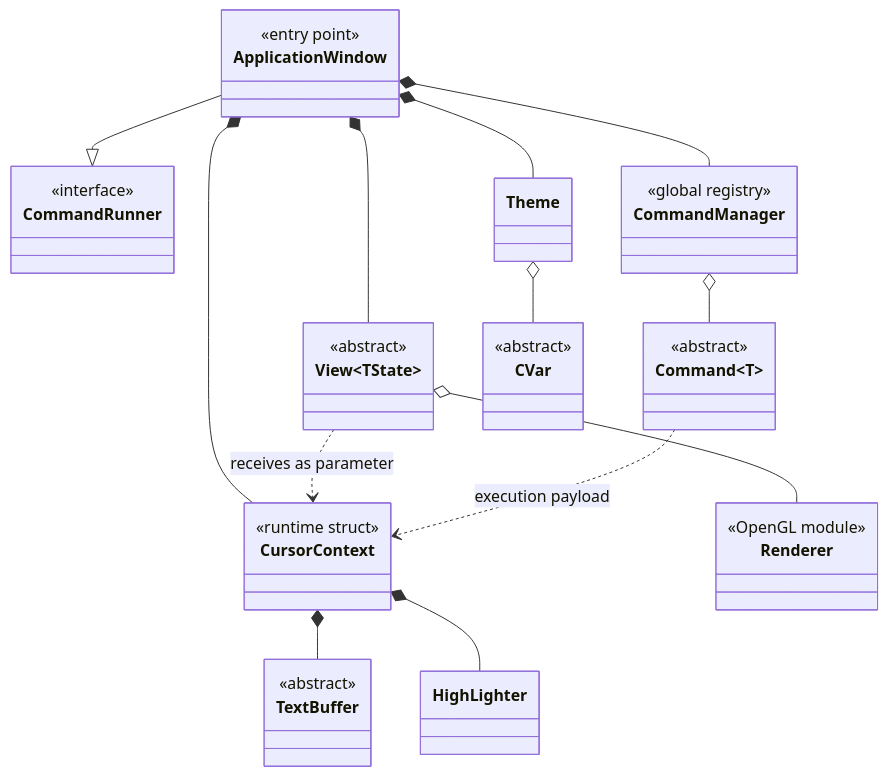
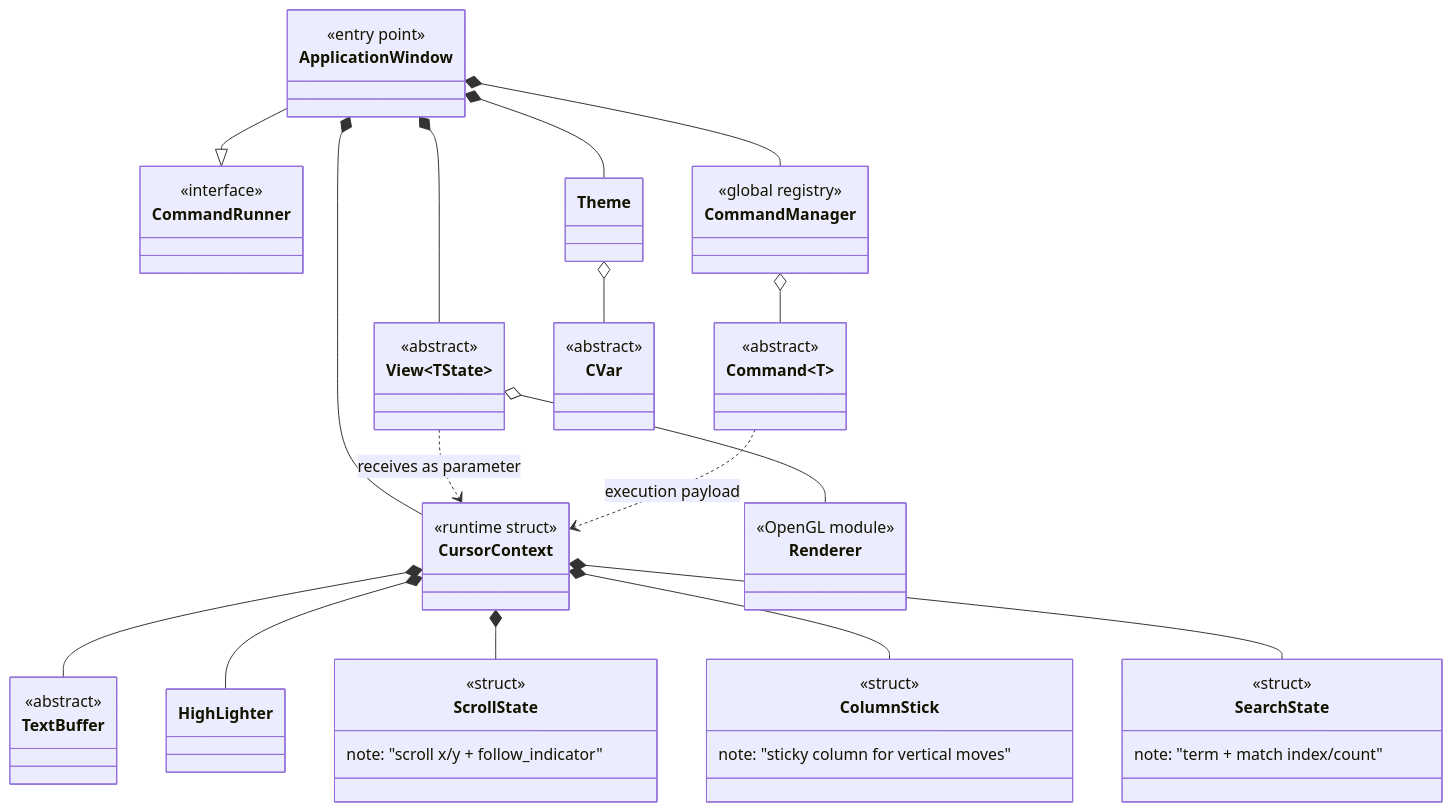
One commit to notnotme/bbloc changed the tenth of 10 diagrams in docs/class_diagram.md. Above: the diagram before and after it, drawn with Mermaid. The commit also changed other lines of this file and 4 other files, not shown here.

Commit message:
Add .ini file highlight, updated class diagram (+missing structs from last commit)

````diff
--- a/docs/class_diagram.md
+++ b/docs/class_diagram.md
@@ -293,45 +294,60 @@
 ```mermaid
 classDiagram
     class ApplicationWindow {
         <<entry point>>
     }
     class CommandRunner {
         <<interface>>
     }
     class CommandManager {
         <<global registry>>
     }
     class Theme
     class CursorContext {
         <<runtime struct>>
+    }
+    class ScrollState {
+        <<struct>>
+        note: "scroll x/y + follow_indicator"
+    }
+    class ColumnStick {
+        <<struct>>
+        note: "sticky column for vertical moves"
+    }
+    class SearchState {
+        <<struct>>
+        note: "term + match index/count"
     }
     class View~TState~ {
         <<abstract>>
     }
     class Command~T~ {
         <<abstract>>
     }
     class TextBuffer {
         <<abstract>>
     }
     class CVar {
         <<abstract>>
     }
     class Renderer {
         <<OpenGL module>>
     }
     class HighLighter
 
     ApplicationWindow --|> CommandRunner
     ApplicationWindow *-- CommandManager
     ApplicationWindow *-- Theme
     ApplicationWindow *-- CursorContext
     ApplicationWindow *-- View~TState~
     CommandManager o-- Command~T~
     CursorContext *-- TextBuffer
     CursorContext *-- HighLighter
+    CursorContext *-- ScrollState
+    CursorContext *-- ColumnStick
+    CursorContext *-- SearchState
     Theme o-- CVar
     View~TState~ o-- Renderer
     View~TState~ ..> CursorContext : receives as parameter
     Command~T~ ..> CursorContext : execution payload
 ```
````
